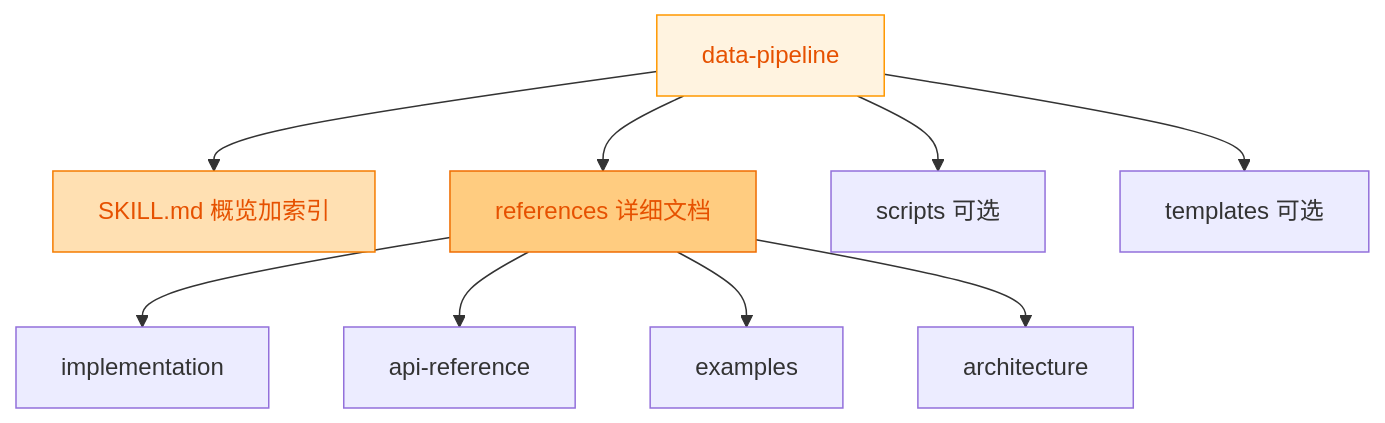
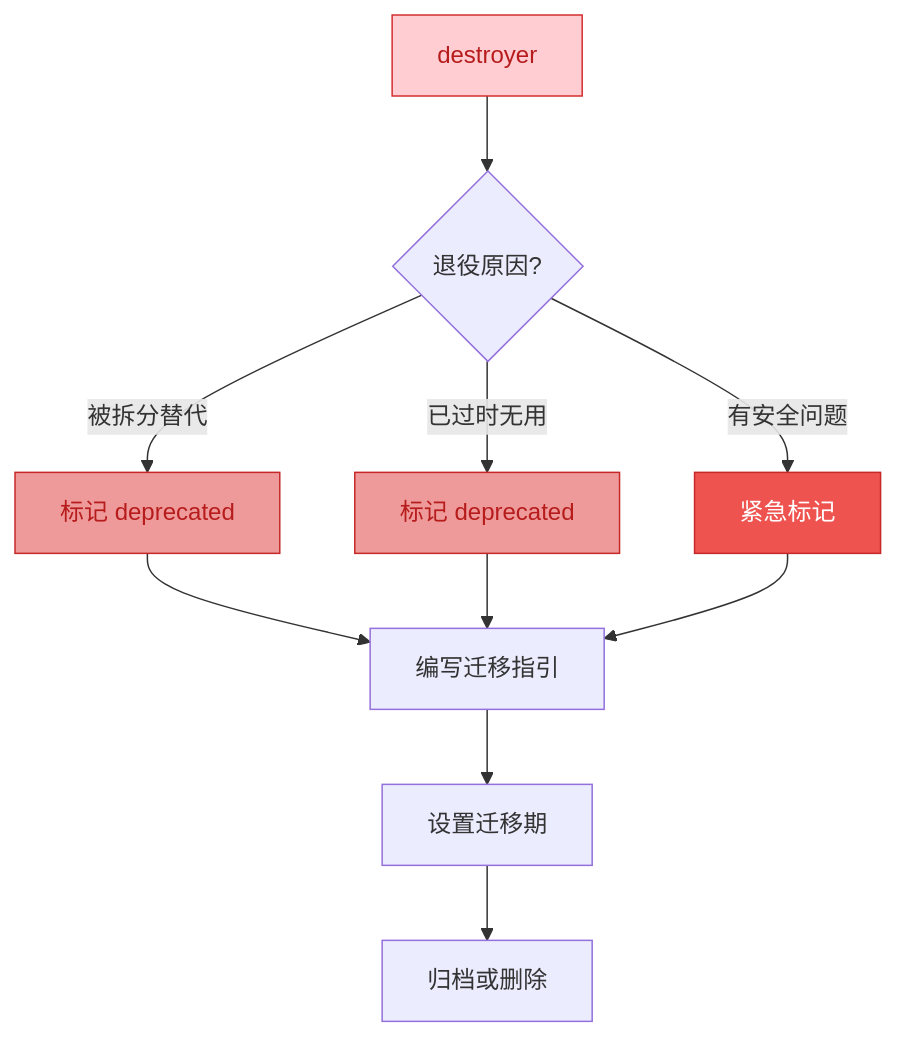
Before and after one commit to morning-start/coze-skills: the sixth of 7 diagrams in skill-factory/SKILL.md, drawn with Mermaid. The commit also changed other lines of this file and 10 other files, not shown here.

````diff
--- a/skill-factory/SKILL.md
+++ b/skill-factory/SKILL.md
@@ -264,16 +330,20 @@
 ```mermaid
-graph TD
-    A[data-pipeline] --> B[SKILL.md 概览加索引]
-    A --> C[references 详细文档]
-    A --> D[scripts 可选]
-    A --> E[templates 可选]
+flowchart TD
+    D[destroyer] --> Step1{退役原因?}
     
-    C --> C1[implementation]
-    C --> C2[api-reference]
-    C --> C3[examples]
-    C --> C4[architecture]
+    Step1 -->|被拆分替代| S1[标记 deprecated]
+    Step1 -->|已过时无用| S2[标记 deprecated]
+    Step1 -->|有安全问题| S3[紧急标记]
     
-    style A fill:#fff3e0,stroke:#ff9800,color:#e65100
-    style B fill:#ffe0b2,stroke:#f57c00,color:#e65100
-    style C fill:#ffcc80,stroke:#ef6c00,color:#e65100
+    S1 --> Step2[编写迁移指引]
+    S2 --> Step2
+    S3 --> Step2
+    
+    Step2 --> Step3[设置迁移期]
+    Step3 --> Step4[归档或删除]
+
+    style D fill:#ffcdd2,stroke:#d32f2f,color:#b71c1c
+    style S1 fill:#ef9a9a,stroke:#c62828,color:#b71c1c
+    style S2 fill:#ef9a9a,stroke:#c62828,color:#b71c1c
+    style S3 fill:#ef5350,stroke:#c62828,color:#ffffff
 ```
````
